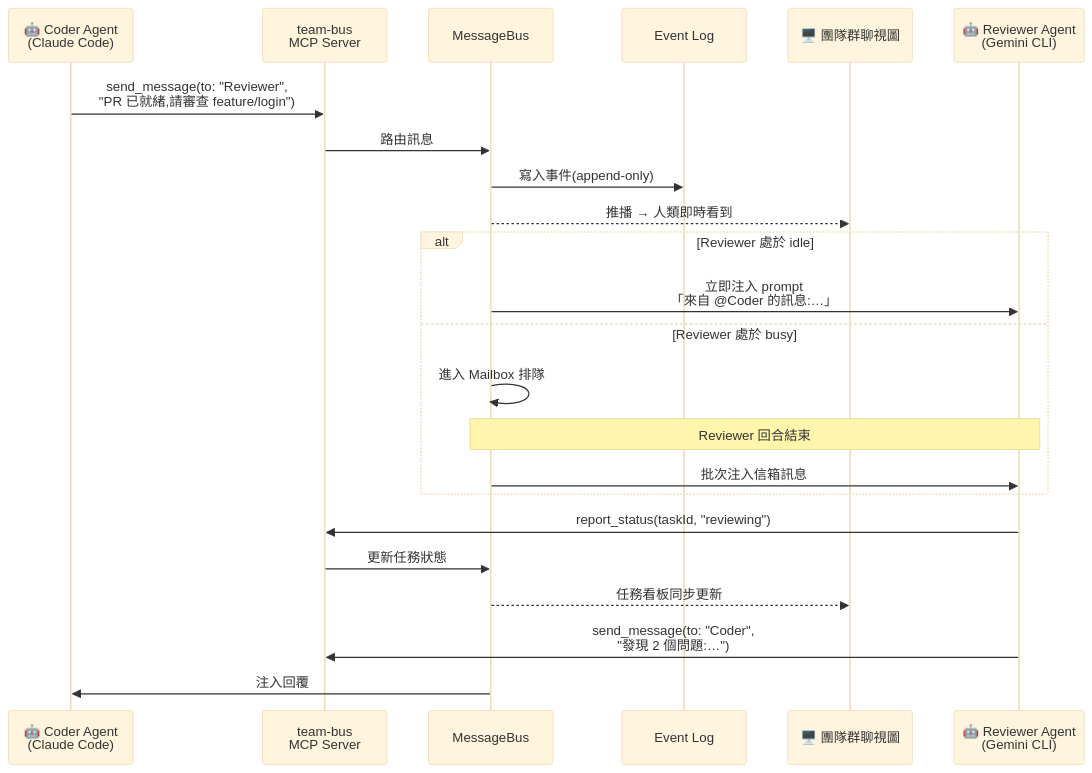
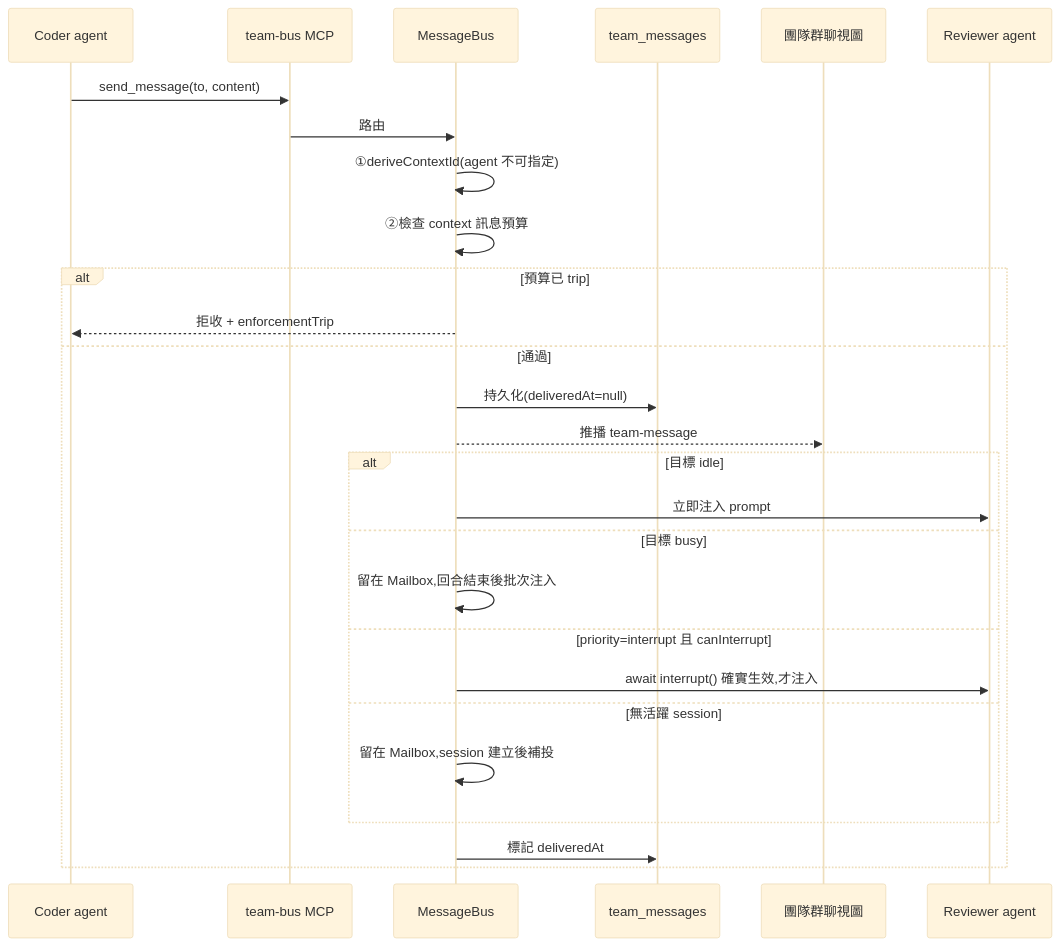
Before and after one commit to xing-101729/deskmony: the fifth of 6 diagrams in docs/ARCHITECTURE.md, drawn with Mermaid (base theme). The commit also changed other lines of this file and 3 other files, not shown here.

First line of the commit message:
Rewrite ARCHITECTURE.md from the actual source code

````diff
--- a/docs/ARCHITECTURE.md
+++ b/docs/ARCHITECTURE.md
@@ -332,26 +460,30 @@
 ```mermaid
 sequenceDiagram
-    participant A as 🤖 Coder Agent<br/>(Claude Code)
-    participant MCP as team-bus<br/>MCP Server
+    participant A as Coder agent
+    participant MCP as team-bus MCP
     participant BUS as MessageBus
-    participant LOG as Event Log
-    participant UI as 🖥️ 團隊群聊視圖
-    participant B as 🤖 Reviewer Agent<br/>(Gemini CLI)
+    participant DB as team_messages
+    participant UI as 團隊群聊視圖
+    participant B as Reviewer agent
 
-    A->>MCP: send_message(to: "Reviewer",<br/>"PR 已就緒,請審查 feature/login")
-    MCP->>BUS: 路由訊息
-    BUS->>LOG: 寫入事件(append-only)
-    BUS-->>UI: 推播 → 人類即時看到
-    alt Reviewer 處於 idle
-        BUS->>B: 立即注入 prompt<br/>「來自 @Coder 的訊息:…」
-    else Reviewer 處於 busy
-        BUS->>BUS: 進入 Mailbox 排隊
-        Note over BUS,B: Reviewer 回合結束
-        BUS->>B: 批次注入信箱訊息
+    A->>MCP: send_message(to, content)
+    MCP->>BUS: 路由
+    BUS->>BUS: ①deriveContextId(agent 不可指定)
+    BUS->>BUS: ②檢查 context 訊息預算
+    alt 預算已 trip
+        BUS-->>A: 拒收 + enforcementTrip
+    else 通過
+        BUS->>DB: 持久化(deliveredAt=null)
+        BUS-->>UI: 推播 team-message
+        alt 目標 idle
+            BUS->>B: 立即注入 prompt
+        else 目標 busy
+            BUS->>BUS: 留在 Mailbox,回合結束後批次注入
+        else priority=interrupt 且 canInterrupt
+            BUS->>B: await interrupt() 確實生效,才注入
+        else 無活躍 session
+            BUS->>BUS: 留在 Mailbox,session 建立後補投
+        end
+        BUS->>DB: 標記 deliveredAt
     end
-    B->>MCP: report_status(taskId, "reviewing")
-    MCP->>BUS: 更新任務狀態
-    BUS-->>UI: 任務看板同步更新
-    B->>MCP: send_message(to: "Coder",<br/>"發現 2 個問題:…")
-    BUS->>A: 注入回覆
 ```
````
